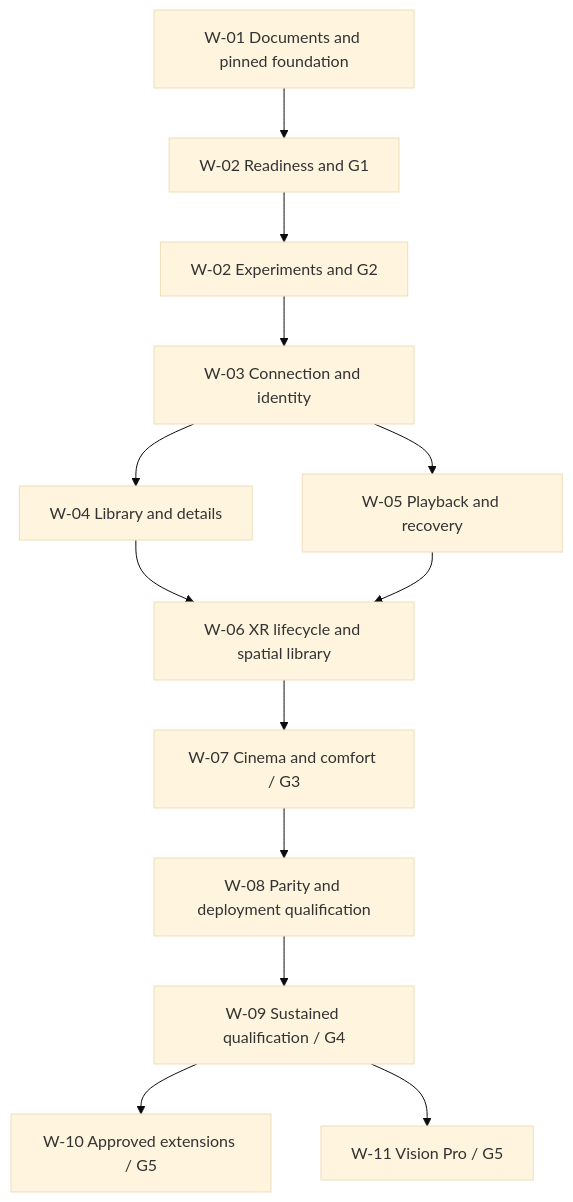
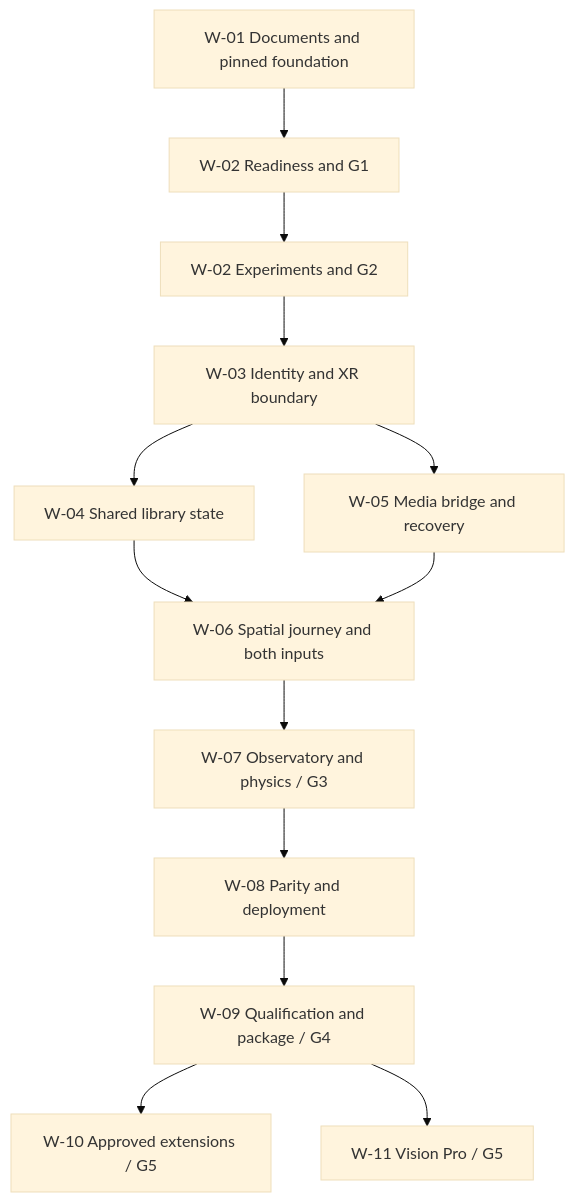
Before and after one commit to MudabbirulSaad/jellyxr: the diagram in docs/jellyxr/05-delivery/roadmap.md, drawn with Mermaid (base theme). The commit also changed other lines of this file and 19 other files, not shown here.

Commit message:
Define the spatial cinema execution scope through M6

```diff
--- a/docs/jellyxr/05-delivery/roadmap.md
+++ b/docs/jellyxr/05-delivery/roadmap.md
@@ -37,15 +37,15 @@
 ~~~mermaid
 flowchart TD
     W01["W-01 Documents and pinned foundation"] --> Prep["W-02 Readiness and G1"]
     Prep --> Proof["W-02 Experiments and G2"]
-    Proof --> W03["W-03 Connection and identity"]
-    W03 --> W04["W-04 Library and details"]
-    W03 --> W05["W-05 Playback and recovery"]
-    W04 --> W06["W-06 XR lifecycle and spatial library"]
+    Proof --> W03["W-03 Identity and XR boundary"]
+    W03 --> W04["W-04 Shared library state"]
+    W03 --> W05["W-05 Media bridge and recovery"]
+    W04 --> W06["W-06 Spatial journey and both inputs"]
     W05 --> W06
-    W06 --> W07["W-07 Cinema and comfort / G3"]
-    W07 --> W08["W-08 Parity and deployment qualification"]
-    W08 --> W09["W-09 Sustained qualification / G4"]
+    W06 --> W07["W-07 Observatory and physics / G3"]
+    W07 --> W08["W-08 Parity and deployment"]
+    W08 --> W09["W-09 Qualification and package / G4"]
     W09 --> W10["W-10 Approved extensions / G5"]
     W09 --> W11["W-11 Vision Pro / G5"]
 ~~~
```
